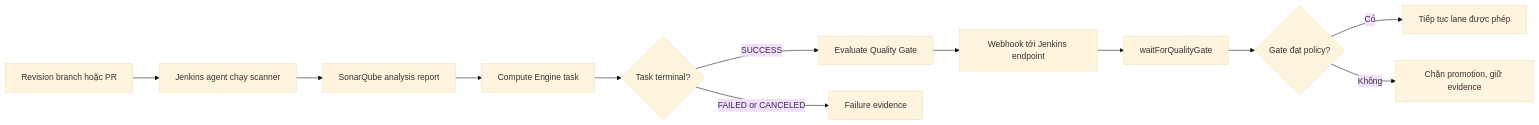
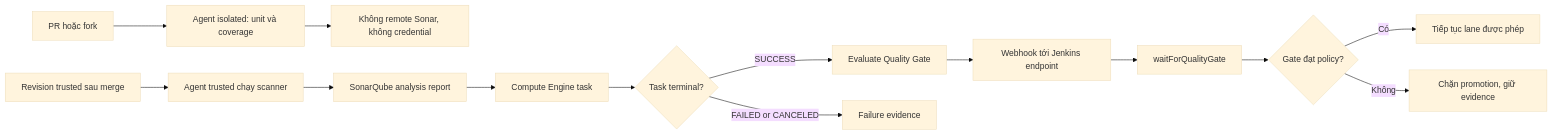
One commit to vanhiep99w/jenkins-learn changed the diagram in content/docs/integrations/sonarqube.md. Above: the diagram before and after it, drawn with Mermaid (base theme). The commit also changed other lines of this file, not shown here.

Commit message:
docs: isolate SonarQube PR analysis trust

````diff
--- a/content/docs/integrations/sonarqube.md
+++ b/content/docs/integrations/sonarqube.md
@@ -56,14 +56,16 @@
 ```mermaid
 flowchart LR
-  A[Revision branch hoặc PR] --> B[Jenkins agent chạy scanner]
-  B --> C[SonarQube analysis report]
-  C --> D[Compute Engine task]
-  D --> E{Task terminal?}
-  E -->|SUCCESS| F[Evaluate Quality Gate]
-  E -->|FAILED or CANCELED| G[Failure evidence]
-  F --> H[Webhook tới Jenkins endpoint]
-  H --> I[waitForQualityGate]
-  I --> J{Gate đạt policy?}
-  J -->|Có| K[Tiếp tục lane được phép]
-  J -->|Không| L[Chặn promotion, giữ evidence]
+  A[PR hoặc fork] --> B[Agent isolated: unit và coverage]
+  B --> C[Không remote Sonar, không credential]
+  D[Revision trusted sau merge] --> E[Agent trusted chạy scanner]
+  E --> F[SonarQube analysis report]
+  F --> G[Compute Engine task]
+  G --> H{Task terminal?}
+  H -->|SUCCESS| I[Evaluate Quality Gate]
+  H -->|FAILED or CANCELED| J[Failure evidence]
+  I --> K[Webhook tới Jenkins endpoint]
+  K --> L[waitForQualityGate]
+  L --> M{Gate đạt policy?}
+  M -->|Có| N[Tiếp tục lane được phép]
+  M -->|Không| O[Chặn promotion, giữ evidence]
 ```
````
